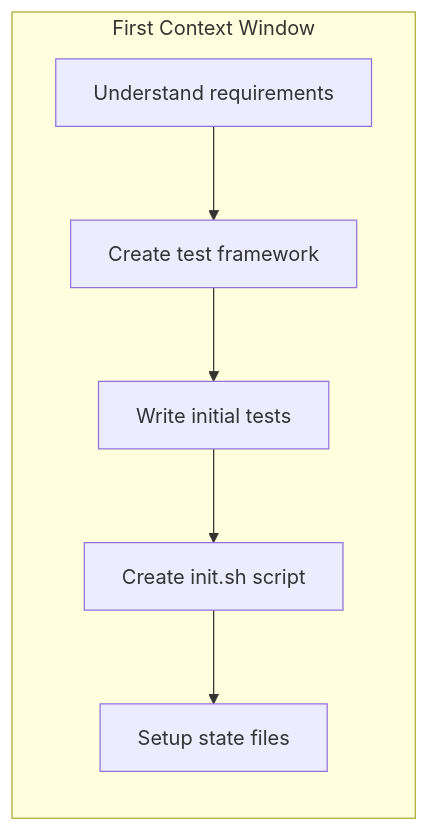
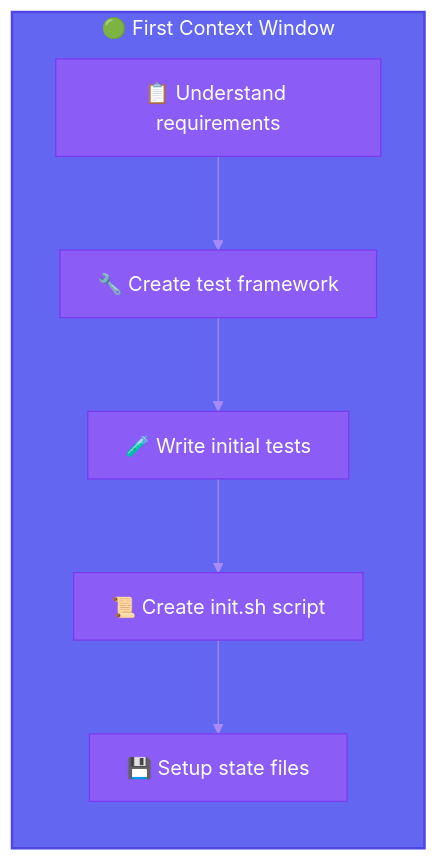
One commit to ThibautMelen/agentic-ai-systems changed the third of 5 diagrams in patterns/05-multi-window-context.md. Above: the diagram before and after it, drawn with Mermaid. The commit also changed other lines of this file and 7 other files, not shown here.

First line of the commit message:
style(diagrams): add vibrant colors to all Mermaid diagrams

````diff
--- a/patterns/05-multi-window-context.md
+++ b/patterns/05-multi-window-context.md
@@ -177,12 +184,15 @@
 ```mermaid
+%%{init: {'theme': 'base', 'themeVariables': { 'primaryColor': '#8b5cf6', 'primaryTextColor': '#ffffff', 'primaryBorderColor': '#7c3aed', 'lineColor': '#a78bfa'}}}%%
 flowchart LR
-    subgraph First["First Context Window"]
-        F1[Understand requirements]
-        F2[Create test framework]
-        F3[Write initial tests]
-        F4[Create init.sh script]
-        F5[Setup state files]
+    subgraph First["🟢 First Context Window"]
+        F1[📋 Understand requirements]
+        F2[🔧 Create test framework]
+        F3[🧪 Write initial tests]
+        F4[📜 Create init.sh script]
+        F5[💾 Setup state files]
     end
 
     F1 --> F2 --> F3 --> F4 --> F5
+
+    style First fill:#6366f1,stroke:#4f46e5,stroke-width:2px,color:#ffffff
 ```
````
